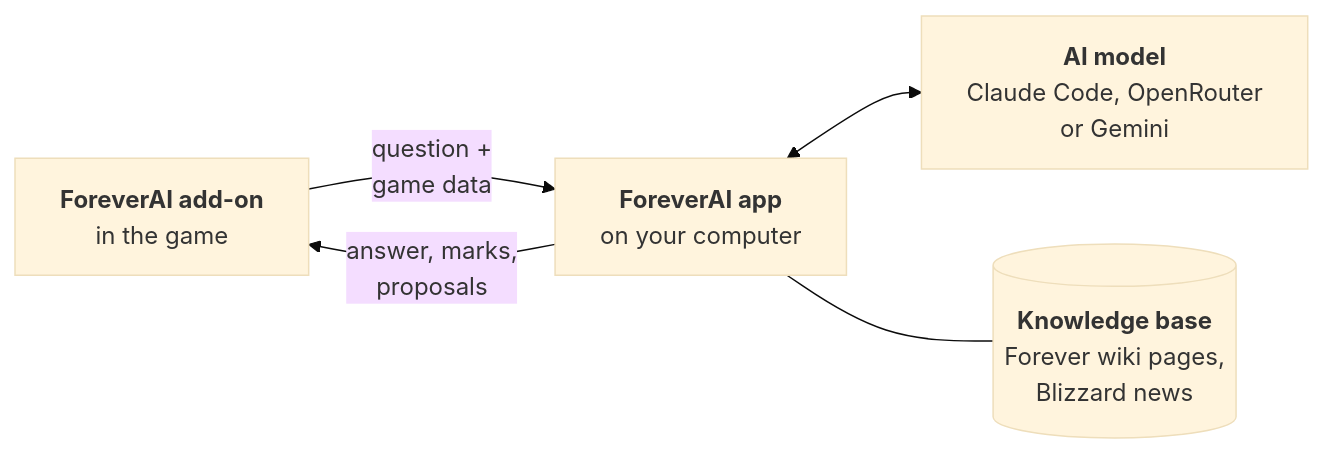
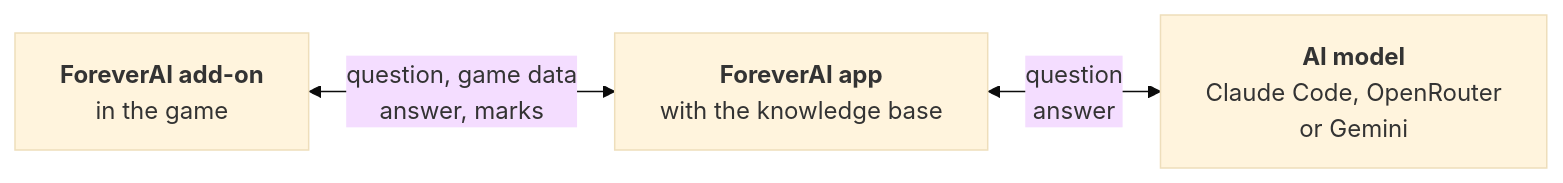
One commit to pawelpieczonka/forever-ai changed the first of 2 diagrams in README.md. Above: the diagram before and after it, drawn with Mermaid (base theme).

Commit message:
README: the diagram in one row, so GitHub's frame shows all of it

````diff
--- a/README.md
+++ b/README.md
@@ -83,7 +83,5 @@
 ```mermaid
 flowchart LR
-    addon["<b>ForeverAI add-on</b><br/>in the game"] -- "question +<br/>game data" --> app["<b>ForeverAI app</b><br/>on your computer"]
-    app -- "answer, marks,<br/>proposals" --> addon
-    app <--> ai["<b>AI model</b><br/>Claude Code, OpenRouter<br/>or Gemini"]
-    app --- kb[("<b>Knowledge base</b><br/>Forever wiki pages,<br/>Blizzard news")]
+    addon["<b>ForeverAI add-on</b><br/>in the game"] <-->|"question, game data<br/>answer, marks"| app["<b>ForeverAI app</b><br/>with the knowledge base"]
+    app <-->|"question<br/>answer"| ai["<b>AI model</b><br/>Claude Code, OpenRouter<br/>or Gemini"]
 ```
````
